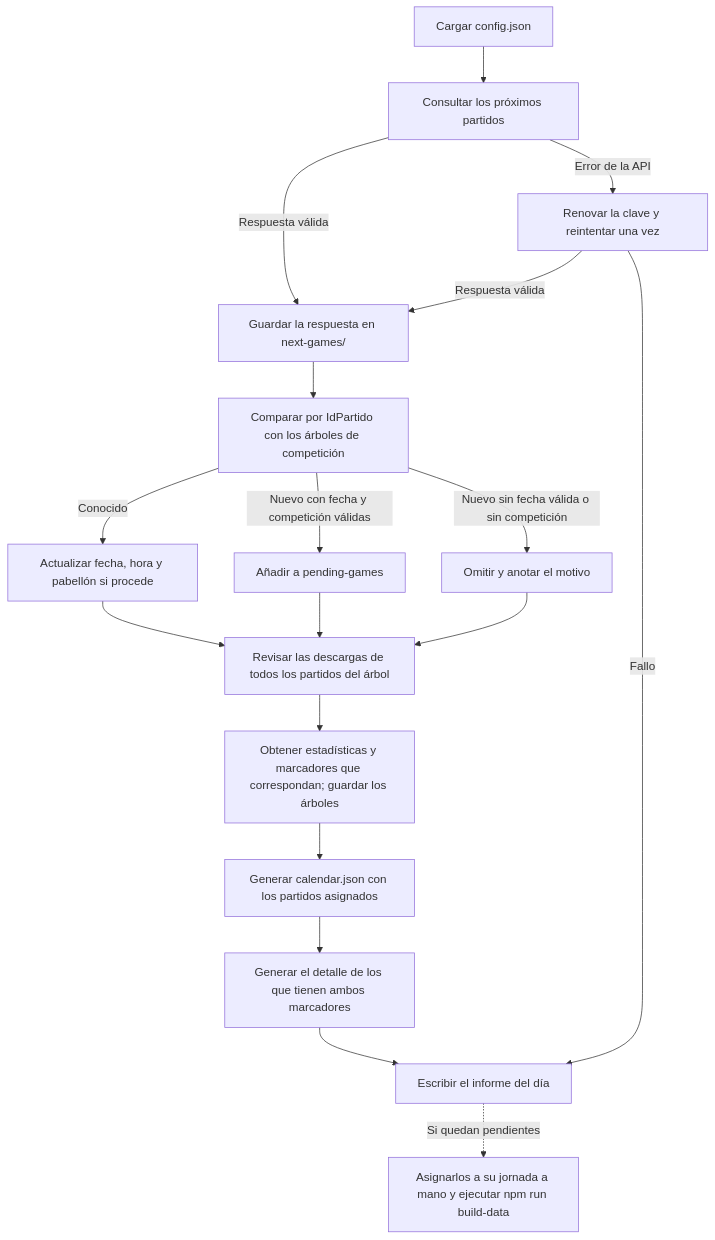
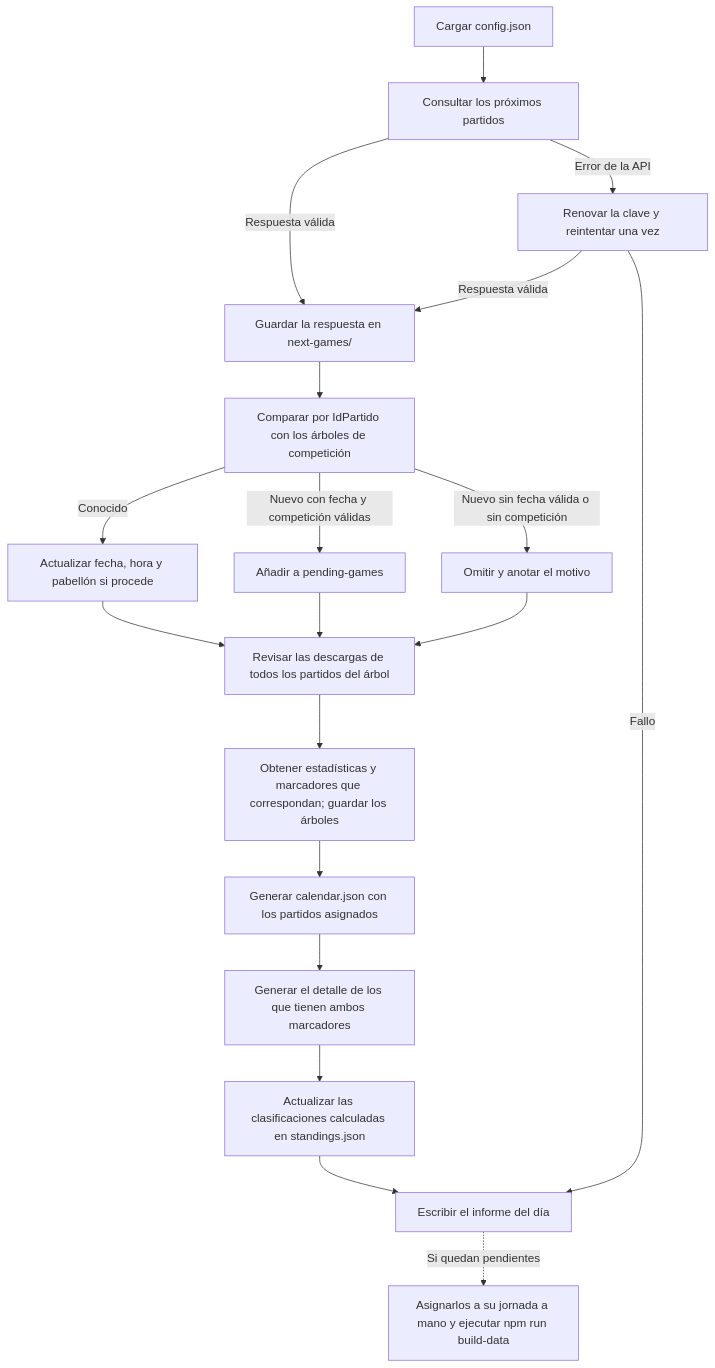
The diagram in docs/sync-flow.md (rchavarria/gen11), drawn with Mermaid before and after one commit. The commit also changed other lines of this file and 3 other files, not shown here.

````diff
--- a/docs/sync-flow.md
+++ b/docs/sync-flow.md
@@ -6,22 +6,23 @@
 ```mermaid
 flowchart TD
     config["Cargar config.json"] --> fetch["Consultar los próximos partidos"]
     fetch -->|Respuesta válida| save["Guardar la respuesta en next-games/"]
     fetch -->|Error de la API| retry["Renovar la clave y reintentar una vez"]
     retry -->|Respuesta válida| save
     retry -->|Fallo| report["Escribir el informe del día"]
 
     save --> merge["Comparar por IdPartido con los árboles de competición"]
     merge -->|Conocido| update["Actualizar fecha, hora y pabellón si procede"]
     merge -->|Nuevo con fecha y competición válidas| pending["Añadir a pending-games"]
     merge -->|Nuevo sin fecha válida o sin competición| skip["Omitir y anotar el motivo"]
 
     update --> download["Revisar las descargas de todos los partidos del árbol"]
     pending --> download
     skip --> download
     download --> scores["Obtener estadísticas y marcadores que correspondan; guardar los árboles"]
     scores --> calendar["Generar calendar.json con los partidos asignados"]
     calendar --> details["Generar el detalle de los que tienen ambos marcadores"]
-    details --> report
+    details --> standings["Actualizar las clasificaciones calculadas en standings.json"]
+    standings --> report
     report -.->|Si quedan pendientes| manual["Asignarlos a su jornada a mano y ejecutar npm run build-data"]
 ```
````
